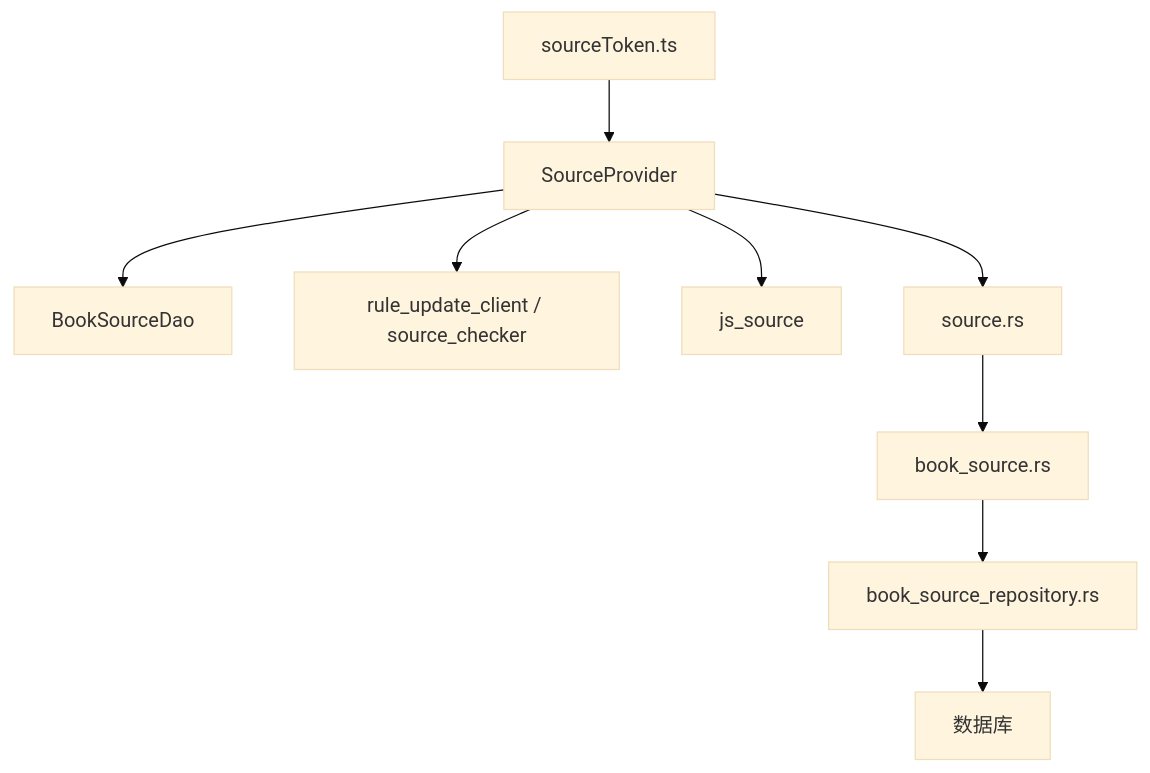
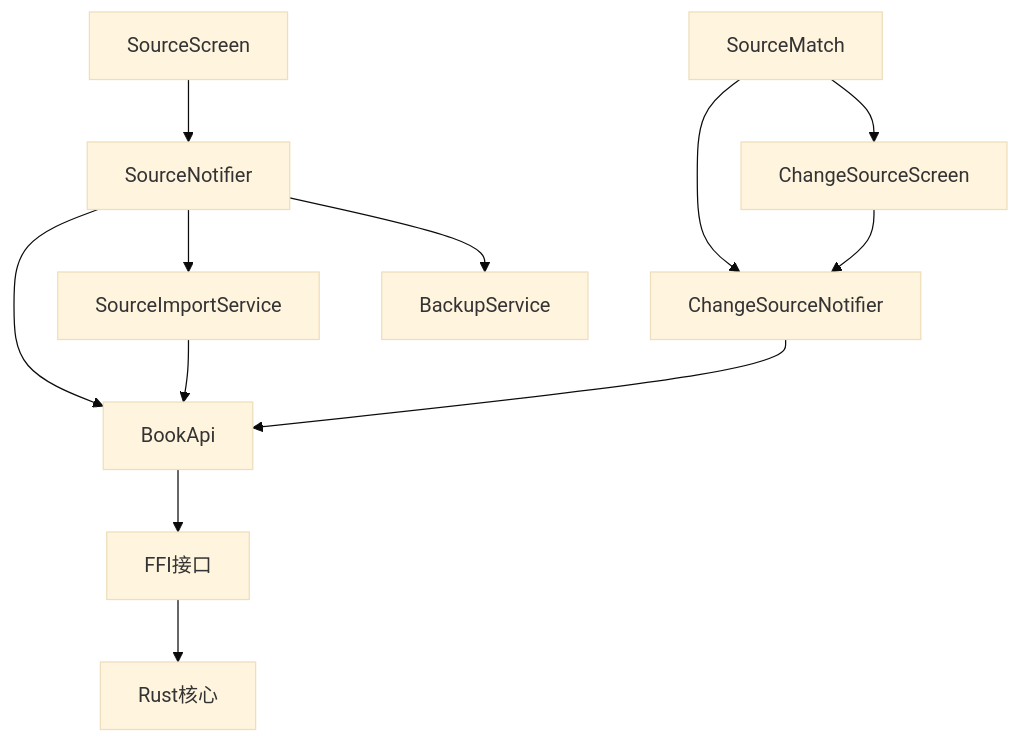
The ninth of 9 diagrams in .qoder/repowiki/zh/content/Flutter跨平台应用/状态管理/源Provider/源Provider.md (ZhangGHGitHub/LegadoTeamFlutter), drawn with Mermaid (base theme) before and after one commit. The commit also changed other lines of this file and 173 other files, not shown here.

````diff
--- a/.qoder/repowiki/zh/content/Flutter跨平台应用/状态管理/源Provider/源Provider.md
+++ b/.qoder/repowiki/zh/content/Flutter跨平台应用/状态管理/源Provider/源Provider.md
@@ -423,11 +539,14 @@
 ```mermaid
 graph TB
-Provider["SourceProvider"] --> DAO["BookSourceDao"]
-Provider --> Net["rule_update_client / source_checker"]
-Provider --> JS["js_source"]
-Provider --> FFI["source.rs"]
-FFI --> Core["book_source.rs"]
-Core --> Repo["book_source_repository.rs"]
-Repo --> DB["数据库"]
-Web["sourceToken.ts"] --> Provider
+SourceNotifier["SourceNotifier"] --> BookApi["BookApi"]
+SourceNotifier --> ImportService["SourceImportService"]
+SourceNotifier --> BackupService["BackupService"]
+ChangeSourceNotifier["ChangeSourceNotifier"] --> BookApi
+ChangeSourceScreen["ChangeSourceScreen"] --> ChangeSourceNotifier
+SourceMatch["SourceMatch"] --> ChangeSourceNotifier
+SourceMatch --> ChangeSourceScreen
+ImportService --> BookApi
+BookApi --> FFI["FFI接口"]
+FFI --> RustCore["Rust核心"]
+SourceScreen["SourceScreen"] --> SourceNotifier
 ```
````
